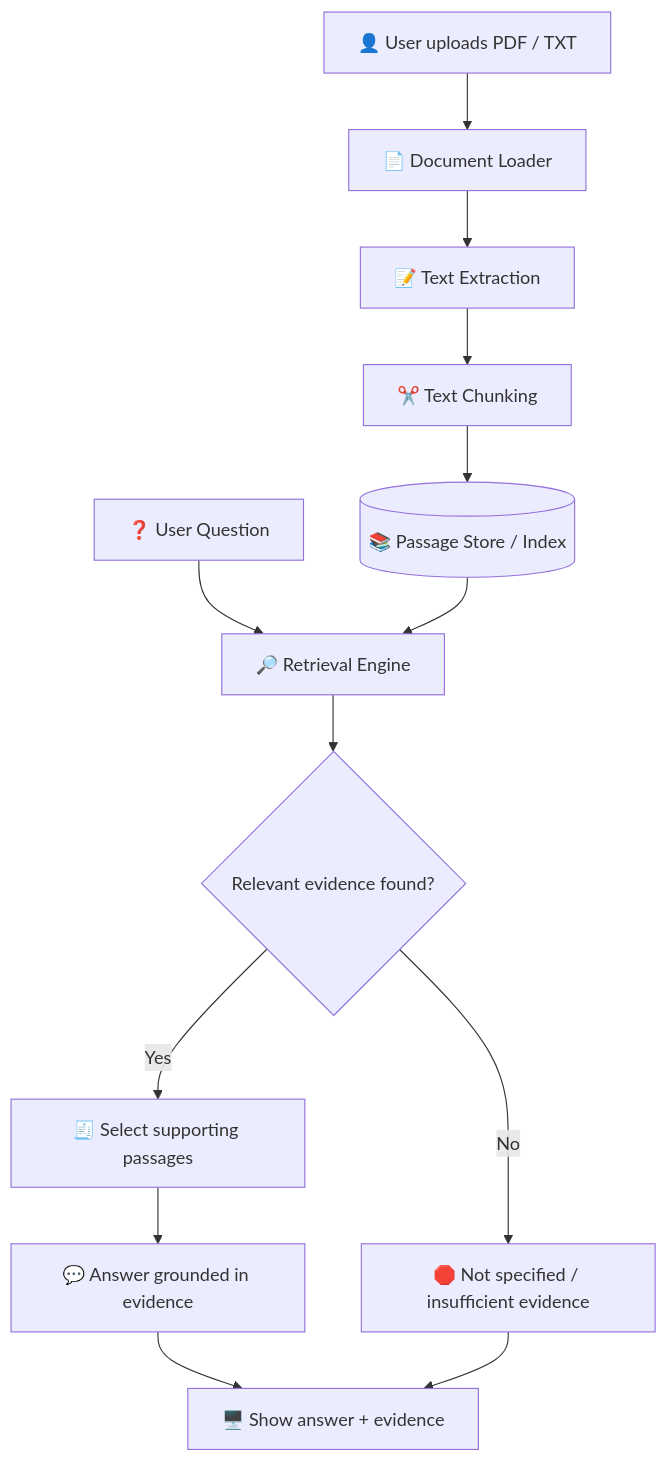
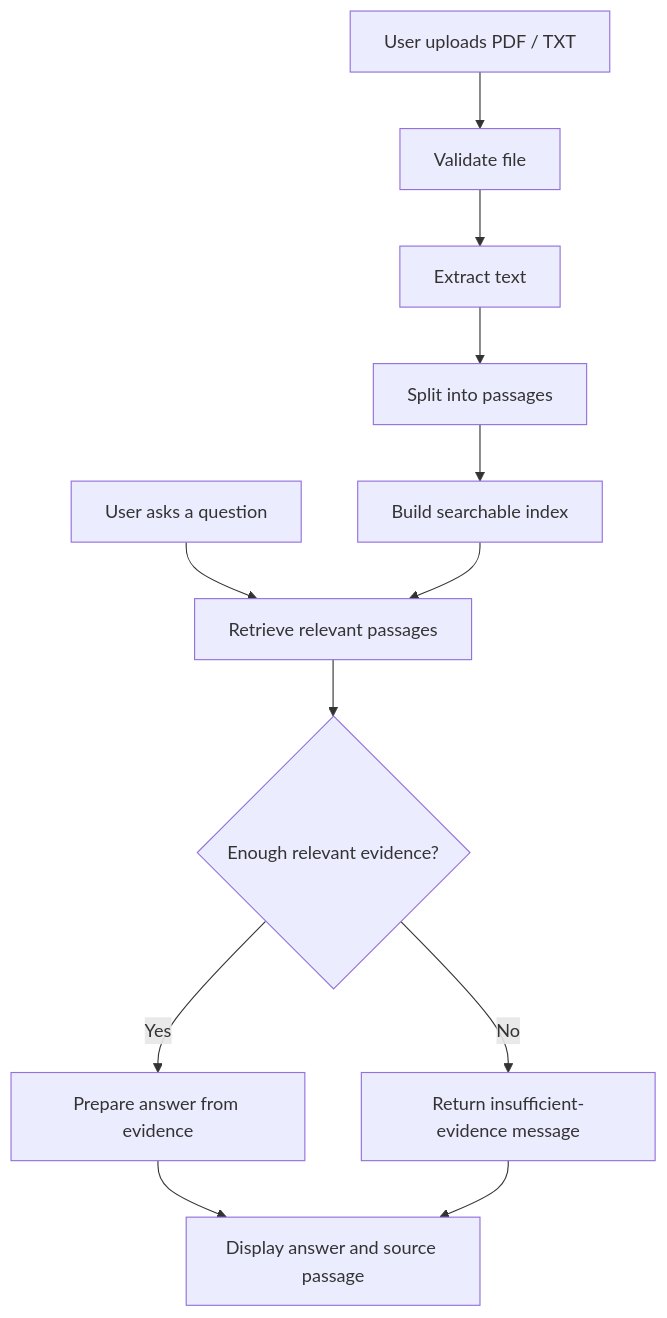
The diagram in README.md (svrushabh4908-lgtm/LINUX_COMMAND), drawn with Mermaid before and after one commit. The commit also changed other lines of this file, not shown here.

````diff
--- a/README.md
+++ b/README.md
@@ -119,15 +240,14 @@
-```mermaid
+``` mermaid
 flowchart TD
-    A["👤 User uploads PDF / TXT"] --> B["📄 Document Loader"]
-    B --> C["📝 Text Extraction"]
-    C --> D["✂️ Text Chunking"]
-    D --> E[("📚 Passage Store / Index")]
-    Q["❓ User Question"] --> R["🔎 Retrieval Engine"]
+    A["User uploads PDF / TXT"] --> B["Validate file"]
+    B --> C["Extract text"]
+    C --> D["Split into passages"]
+    D --> E["Build searchable index"]
+    Q["User asks a question"] --> R["Retrieve relevant passages"]
     E --> R
-    R --> S{"Relevant evidence found?"}
-    S -- "Yes" --> T["🧾 Select supporting passages"]
-    T --> U["💬 Answer grounded in evidence"]
-    S -- "No" --> V["🛑 Not specified / insufficient evidence"]
-    U --> W["🖥️ Show answer + evidence"]
-    V --> W
+    R --> S{"Enough relevant evidence?"}
+    S -->|Yes| T["Prepare answer from evidence"]
+    S -->|No| U["Return insufficient-evidence message"]
+    T --> V["Display answer and source passage"]
+    U --> V
 ```
````
